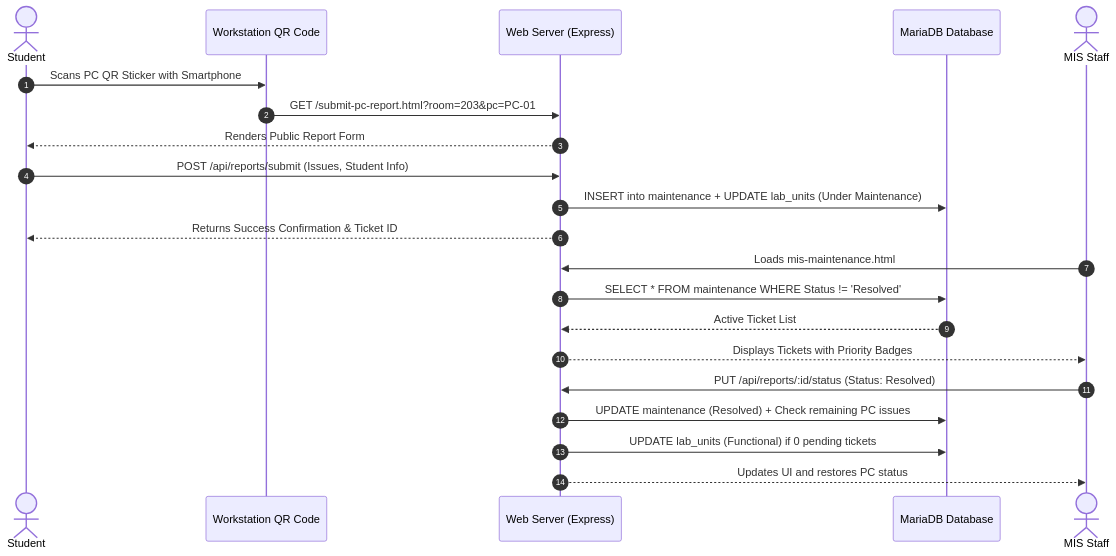
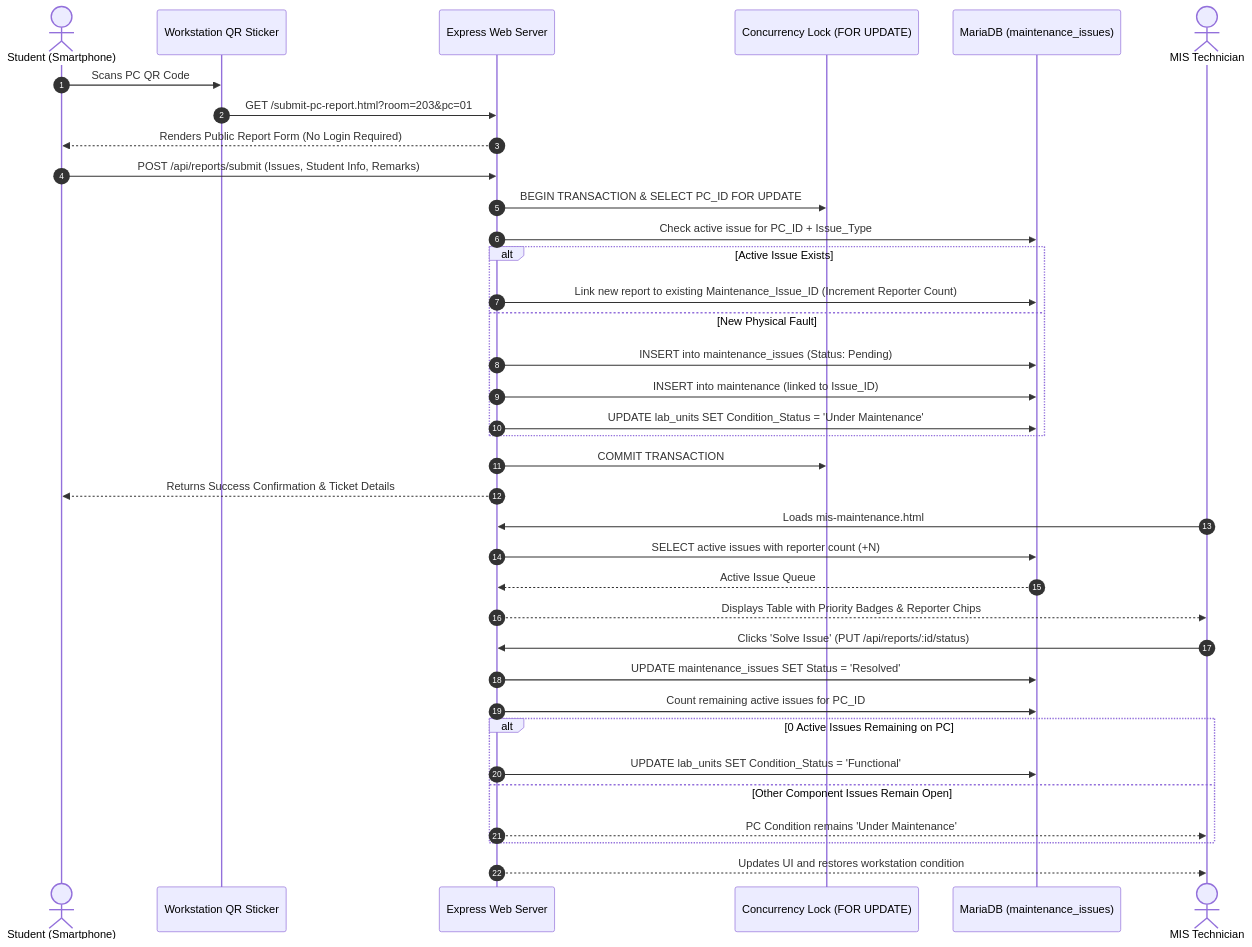
Before and after one commit to slushiiplayz13-ctrl/Labsync-BULSU-Sarmiento-: the third of 9 diagrams in CHAPTER-1-5-SYSTEM-DOCUMENTATION.md, drawn with Mermaid. The commit also changed other lines of this file and 56 other files, not shown here.

````diff
--- a/CHAPTER-1-5-SYSTEM-DOCUMENTATION.md
+++ b/CHAPTER-1-5-SYSTEM-DOCUMENTATION.md
@@ -199,24 +257,39 @@
 ```mermaid
 sequenceDiagram
     autonumber
-    actor Student as Student
-    participant QR as Workstation QR Code
-    participant Web as Web Server (Express)
-    participant DB as MariaDB Database
-    actor Tech as MIS Staff
+    actor Student as Student (Smartphone)
+    participant QR as Workstation QR Sticker
+    participant Web as Express Web Server
+    participant Lock as Concurrency Lock (FOR UPDATE)
+    participant DB as MariaDB (maintenance_issues)
+    actor Tech as MIS Technician
 
-    Student->>QR: Scans PC QR Sticker with Smartphone
-    QR->>Web: GET /submit-pc-report.html?room=203&pc=PC-01
-    Web-->>Student: Renders Public Report Form
-    Student->>Web: POST /api/reports/submit (Issues, Student Info)
-    Web->>DB: INSERT into maintenance + UPDATE lab_units (Under Maintenance)
-    Web-->>Student: Returns Success Confirmation & Ticket ID
+    Student->>QR: Scans PC QR Code
+    QR->>Web: GET /submit-pc-report.html?room=203&pc=01
+    Web-->>Student: Renders Public Report Form (No Login Required)
+    Student->>Web: POST /api/reports/submit (Issues, Student Info, Remarks)
+    Web->>Lock: BEGIN TRANSACTION & SELECT PC_ID FOR UPDATE
+    Web->>DB: Check active issue for PC_ID + Issue_Type
+    alt Active Issue Exists
+        Web->>DB: Link new report to existing Maintenance_Issue_ID (Increment Reporter Count)
+    else New Physical Fault
+        Web->>DB: INSERT into maintenance_issues (Status: Pending)
+        Web->>DB: INSERT into maintenance (linked to Issue_ID)
+        Web->>DB: UPDATE lab_units SET Condition_Status = 'Under Maintenance'
+    end
+    Web->>Lock: COMMIT TRANSACTION
+    Web-->>Student: Returns Success Confirmation & Ticket Details
     Tech->>Web: Loads mis-maintenance.html
-    Web->>DB: SELECT * FROM maintenance WHERE Status != 'Resolved'
-    DB-->>Web: Active Ticket List
-    Web-->>Tech: Displays Tickets with Priority Badges
-    Tech->>Web: PUT /api/reports/:id/status (Status: Resolved)
-    Web->>DB: UPDATE maintenance (Resolved) + Check remaining PC issues
-    Web->>DB: UPDATE lab_units (Functional) if 0 pending tickets
-    Web-->>Tech: Updates UI and restores PC status
+    Web->>DB: SELECT active issues with reporter count (+N)
+    DB-->>Web: Active Issue Queue
+    Web-->>Tech: Displays Table with Priority Badges & Reporter Chips
+    Tech->>Web: Clicks 'Solve Issue' (PUT /api/reports/:id/status)
+    Web->>DB: UPDATE maintenance_issues SET Status = 'Resolved'
+    Web->>DB: Count remaining active issues for PC_ID
+    alt 0 Active Issues Remaining on PC
+        Web->>DB: UPDATE lab_units SET Condition_Status = 'Functional'
+    else Other Component Issues Remain Open
+        Web-->>Tech: PC Condition remains 'Under Maintenance'
+    end
+    Web-->>Tech: Updates UI and restores workstation condition
 ```
````
